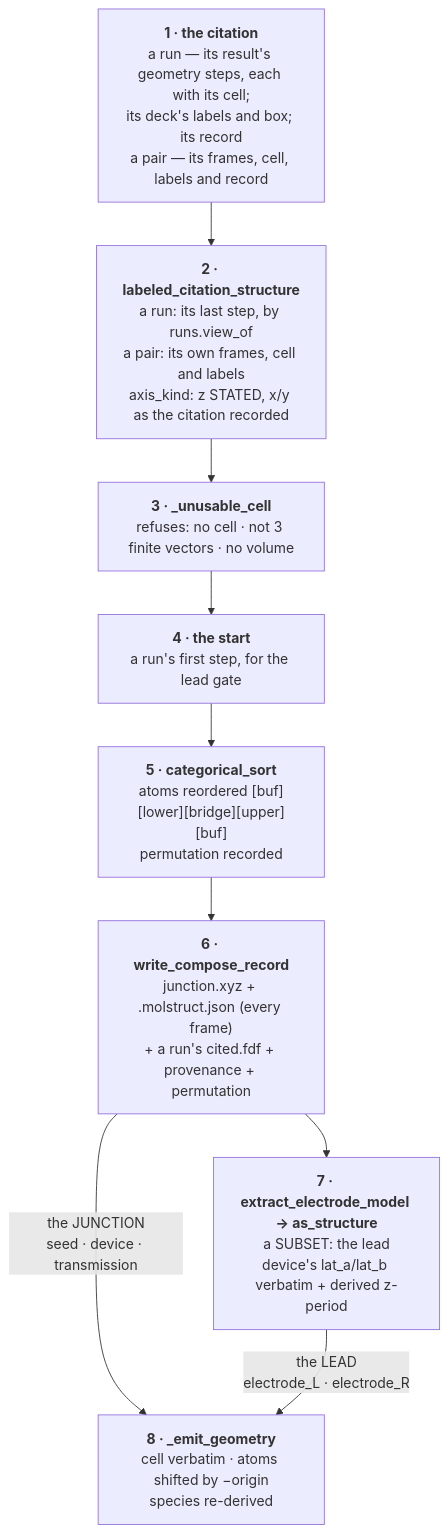
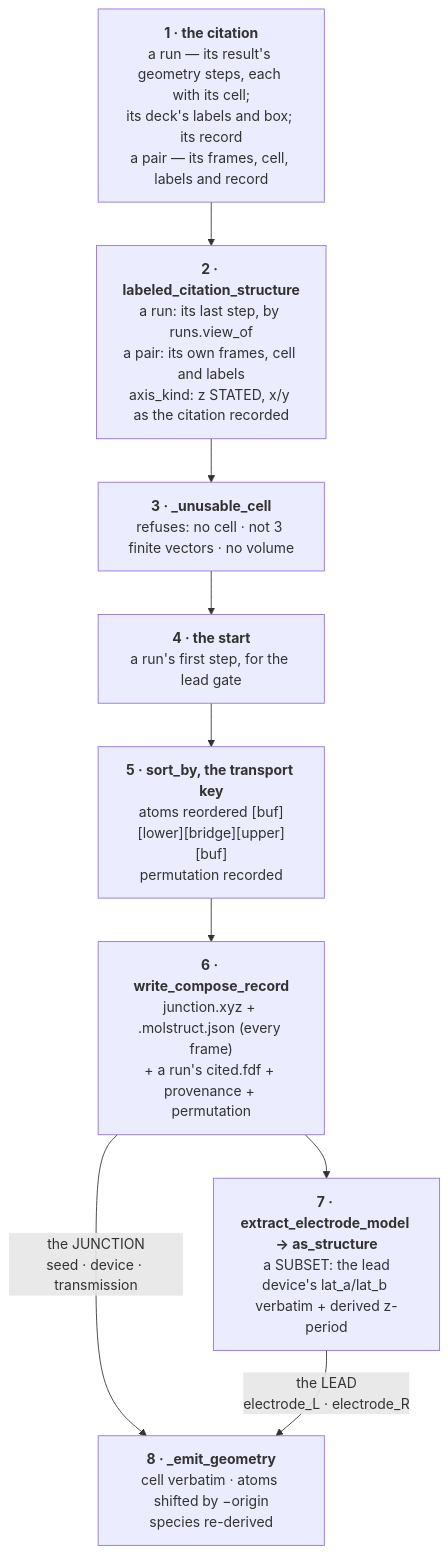
Before and after one commit to Qing-LAB/molbuilder: diagram 12 of 12 in docs/engines/transport.md, drawn with Mermaid. The commit also changed other lines of this file and 48 other files, not shown here.

````diff
--- a/docs/engines/transport.md
+++ b/docs/engines/transport.md
@@ -4495,15 +4495,15 @@
 ```mermaid
 flowchart TB
     XV["<b>1 · the citation</b><br/>a run — its result's geometry steps, each with its cell;<br/>its deck's labels and box; its record<br/>a pair — its frames, cell, labels and record"]
     LOAD["<b>2 · labeled_citation_structure</b><br/>a run: its last step, by runs.view_of<br/>a pair: its own frames, cell and labels<br/>axis_kind: z STATED, x/y as the citation recorded"]
     GATE["<b>3 · _unusable_cell</b><br/>refuses: no cell · not 3 finite vectors · no volume"]
     OVER["<b>4 · the start</b><br/>a run's first step, for the lead gate"]
-    SORT["<b>5 · categorical_sort</b><br/>atoms reordered [buf][lower][bridge][upper][buf]<br/>permutation recorded"]
+    SORT["<b>5 · sort_by, the transport key</b><br/>atoms reordered [buf][lower][bridge][upper][buf]<br/>permutation recorded"]
     REC["<b>6 · write_compose_record</b><br/>junction.xyz + .molstruct.json (every frame)<br/>+ a run's cited.fdf + provenance + permutation"]
     EX["<b>7 · extract_electrode_model → as_structure</b><br/>a SUBSET: the lead<br/>device's lat_a/lat_b verbatim + derived z-period"]
     EM["<b>8 · _emit_geometry</b><br/>cell verbatim · atoms shifted by −origin<br/>species re-derived"]
 
     XV --> LOAD --> GATE --> OVER --> SORT --> REC
     REC -->|"the JUNCTION<br/>seed · device · transmission"| EM
     REC --> EX -->|"the LEAD<br/>electrode_L · electrode_R"| EM
 ```
````
